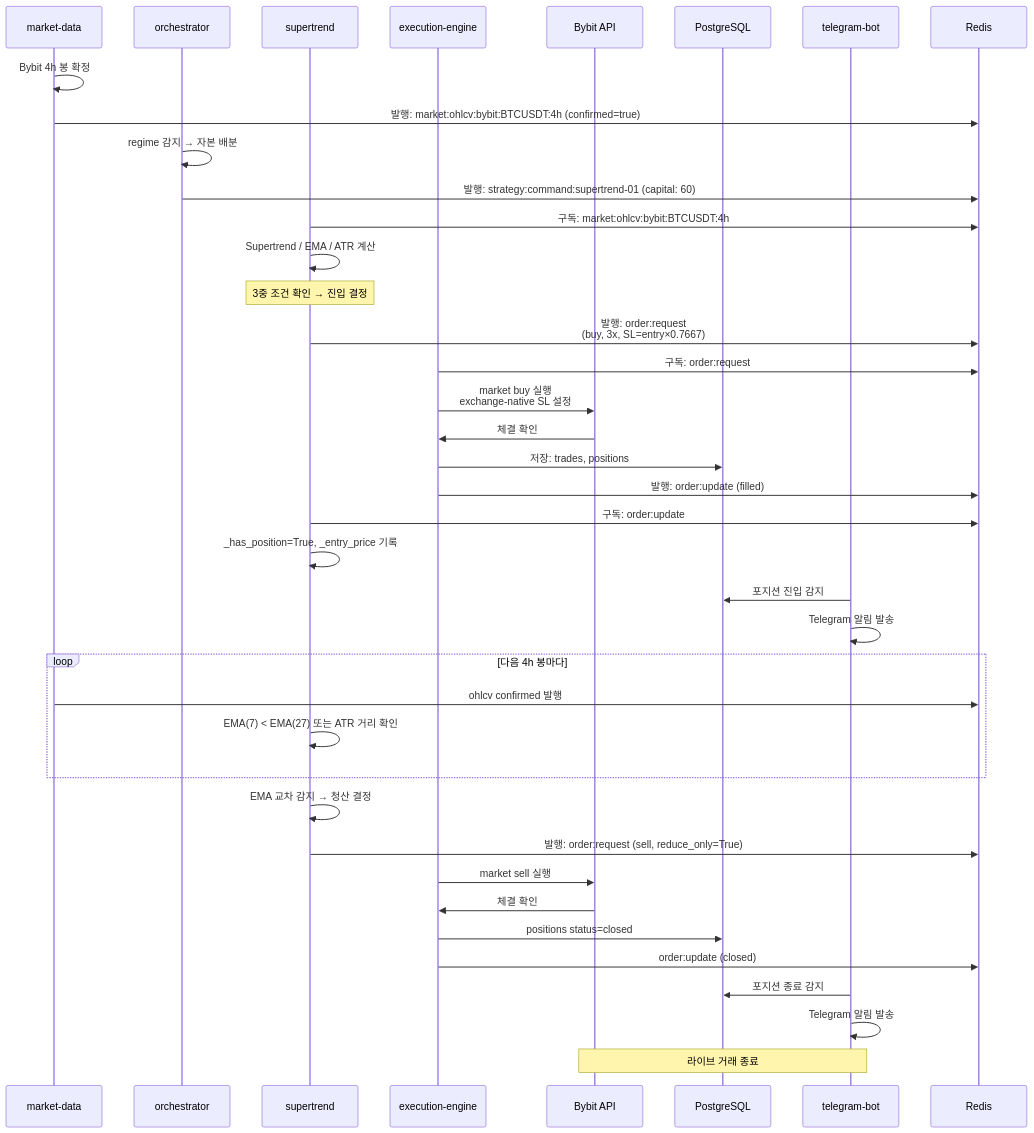
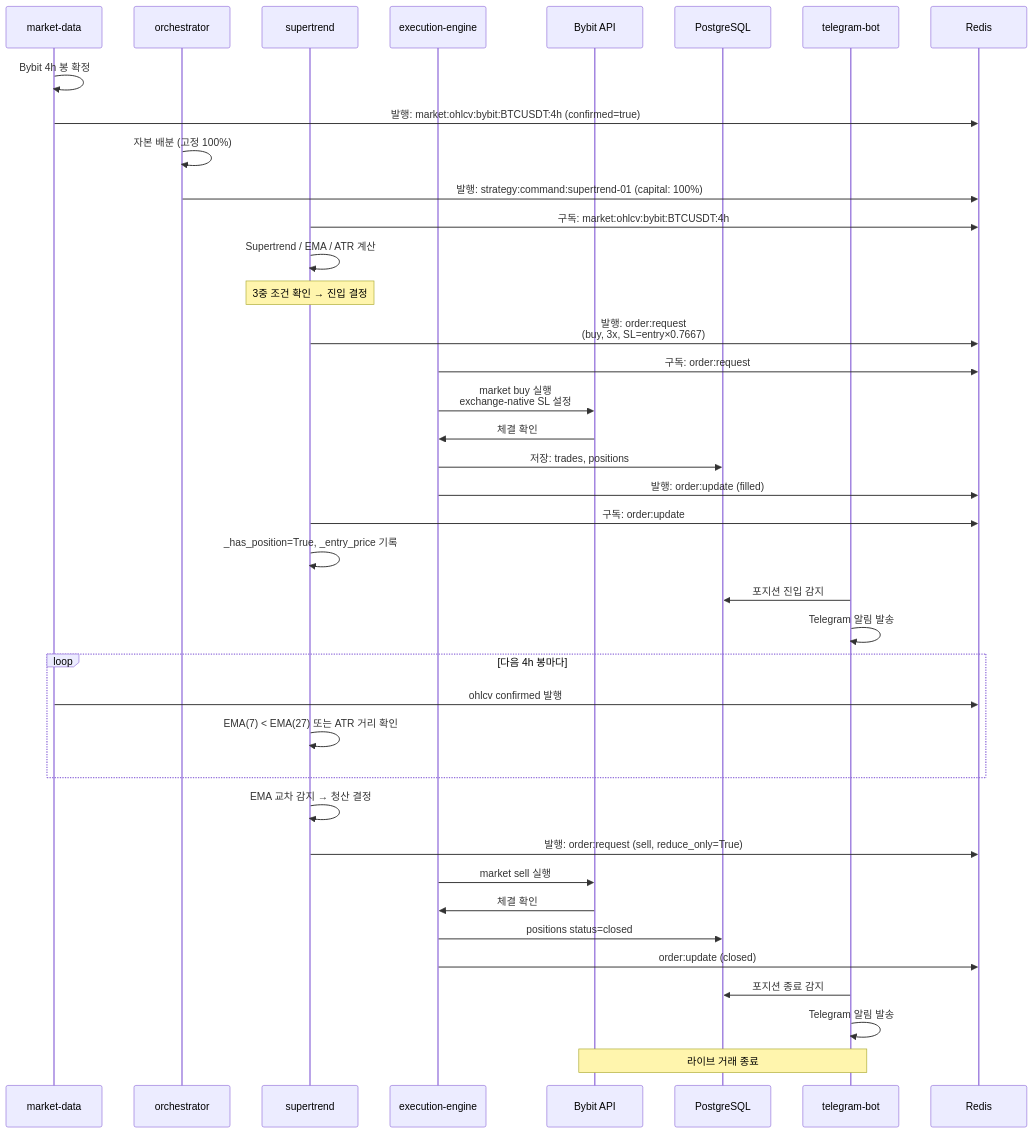
The third of 3 diagrams in docs/structure/services.md (Justant-source/Bit-Mania), drawn with Mermaid before and after one commit. The commit also changed other lines of this file and 37 other files, not shown here.

First line of the commit message:
refactor(regime): 레짐 시스템 완전 제거 → supertrend 단일전략 100% 고정 배분

````diff
--- a/docs/structure/services.md
+++ b/docs/structure/services.md
@@ -464,51 +451,51 @@
 ```mermaid
 sequenceDiagram
     participant MD as market-data
     participant ORC as orchestrator
     participant ST as supertrend
     participant ENG as execution-engine
     participant BYBIT as Bybit API
     participant PG as PostgreSQL
     participant TG as telegram-bot
 
     MD->>MD: Bybit 4h 봉 확정
     MD->>Redis: 발행: market:ohlcv:bybit:BTCUSDT:4h (confirmed=true)
-    ORC->>ORC: regime 감지 → 자본 배분
-    ORC->>Redis: 발행: strategy:command:supertrend-01 (capital: 60)
+    ORC->>ORC: 자본 배분 (고정 100%)
+    ORC->>Redis: 발행: strategy:command:supertrend-01 (capital: 100%)
     
     ST->>Redis: 구독: market:ohlcv:bybit:BTCUSDT:4h
     ST->>ST: Supertrend / EMA / ATR 계산
     Note over ST: 3중 조건 확인 → 진입 결정
     
     ST->>Redis: 발행: order:request<br>(buy, 3x, SL=entry×0.7667)
     ENG->>Redis: 구독: order:request
     ENG->>BYBIT: market buy 실행<br>exchange-native SL 설정
     BYBIT->>ENG: 체결 확인
     
     ENG->>PG: 저장: trades, positions
     ENG->>Redis: 발행: order:update (filled)
     
     ST->>Redis: 구독: order:update
     ST->>ST: _has_position=True, _entry_price 기록
     
     TG->>PG: 포지션 진입 감지
     TG->>TG: Telegram 알림 발송
     
     loop 다음 4h 봉마다
         MD->>Redis: ohlcv confirmed 발행
         ST->>ST: EMA(7) < EMA(27) 또는 ATR 거리 확인
     end
     
     ST->>ST: EMA 교차 감지 → 청산 결정
     ST->>Redis: 발행: order:request (sell, reduce_only=True)
     
     ENG->>BYBIT: market sell 실행
     BYBIT->>ENG: 체결 확인
     ENG->>PG: positions status=closed
     ENG->>Redis: order:update (closed)
     
     TG->>PG: 포지션 종료 감지
     TG->>TG: Telegram 알림 발송
 
     Note over TG,BYBIT: 라이브 거래 종료
 ```
````
